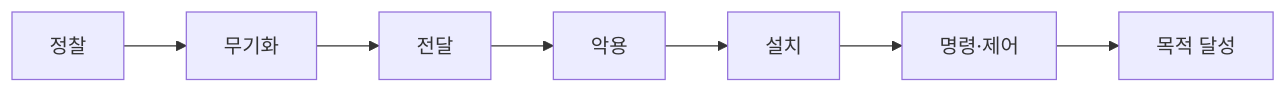
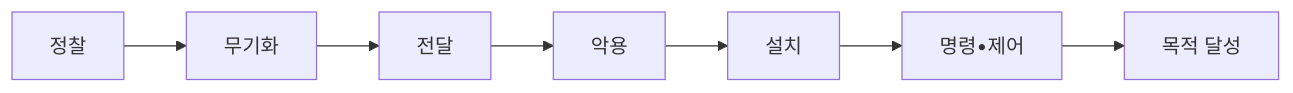
Before and after one commit to agnusdei1207/knowledge-base: the second of 2 diagrams in src/content/docs/notes/05-security/028_cyber_kill_chain.md, drawn with Mermaid. The commit also changed other lines of this file and 953 other files, not shown here.

````diff
--- a/src/content/docs/notes/05-security/028_cyber_kill_chain.md
+++ b/src/content/docs/notes/05-security/028_cyber_kill_chain.md
@@ -104,9 +104,9 @@
 ```mermaid
 flowchart LR
     A["정찰"] --> B["무기화"]
     B --> C["전달"]
     C --> D["악용"]
     D --> E["설치"]
-    E --> F["명령·제어"]
+    E --> F["명령•제어"]
     F --> G["목적 달성"]
 ```
````
